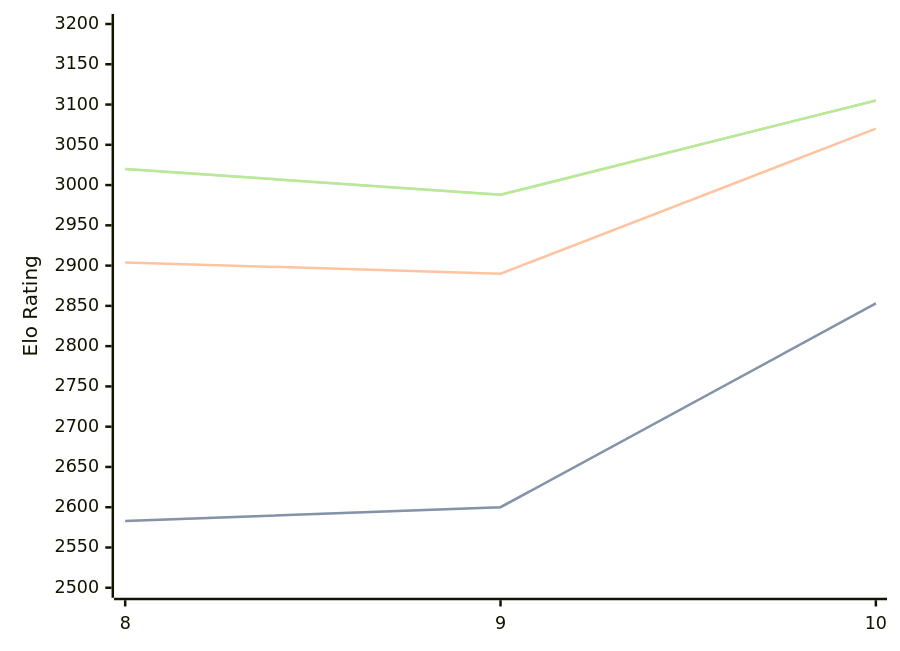
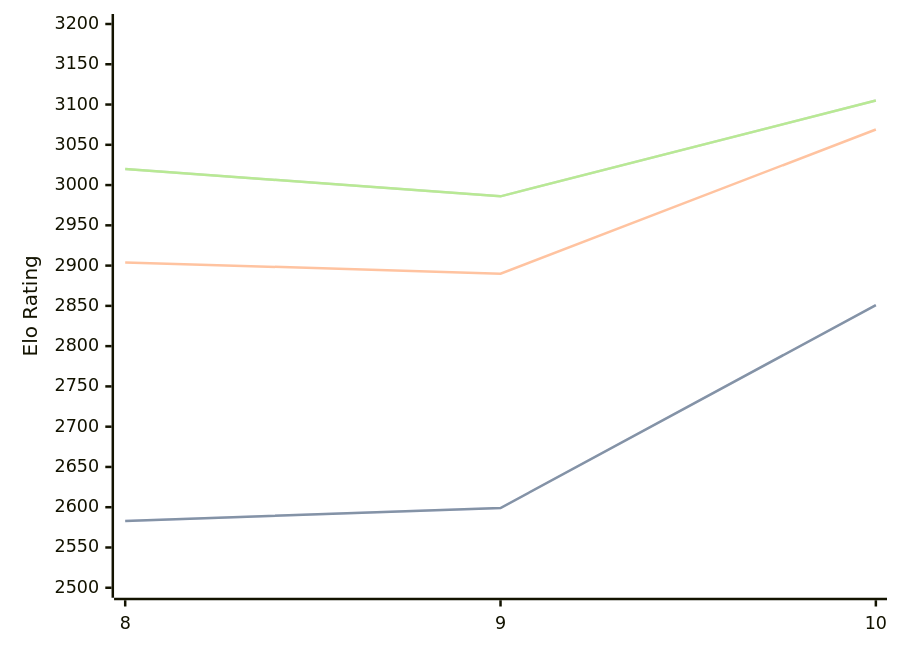
The first of 3 diagrams in engines/Lozza.md (computer-chess-index/cci), drawn with Mermaid before and after one commit. The commit also changed other lines of this file, not shown here.

Commit message:
Update CCI Ratings (ELO VLTC) - 2026-06-27

````diff
--- a/engines/Lozza.md
+++ b/engines/Lozza.md
@@ -41,11 +41,11 @@
 ```mermaid
 %%{init: {"theme":"base","themeVariables":{"seriesColors:['#a3a3a3','#222221','#faa371']}}}%%
 xychart-beta
   x-axis ["8", "9", "10"]
   y-axis "Elo Rating" 2500 --> 3200
-  line "STC (8.0+0.08s)" [2583, 2600, 2853]
-  line "STC (8.0+0.08s)" [2583, 2600, 2853]
-  line "LTC (60.0+0.60s)" [2904, 2890, 3070]
-  line "VLTC (2m24s+1.12s)" [3020, 2988, 3105]
-  line "VLTC (2m24s+1.12s)" [3020, 2988, 3105]
+  line "STC (8.0+0.08s)" [2583, 2599, 2851]
+  line "STC (8.0+0.08s)" [2583, 2599, 2851]
+  line "LTC (60.0+0.60s)" [2904, 2890, 3069]
+  line "VLTC (2m24s+1.12s)" [3020, 2986, 3105]
+  line "VLTC (2m24s+1.12s)" [3020, 2986, 3105]
 ```
````
